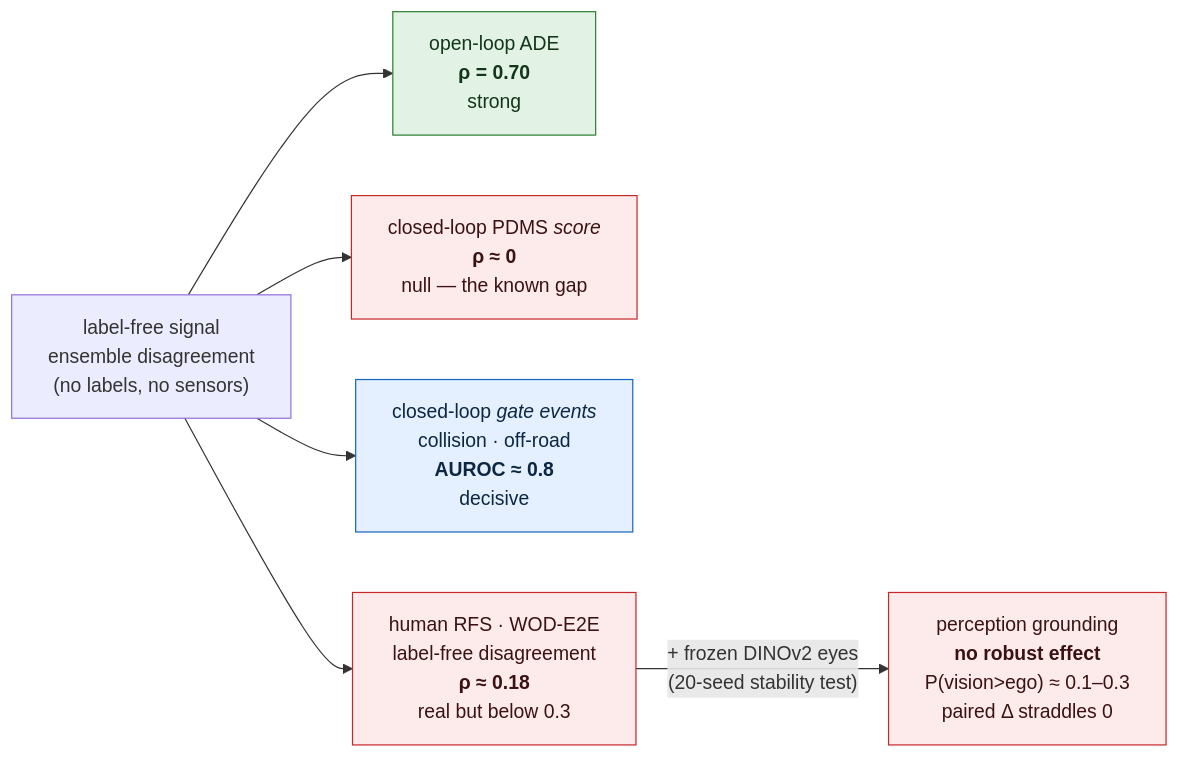
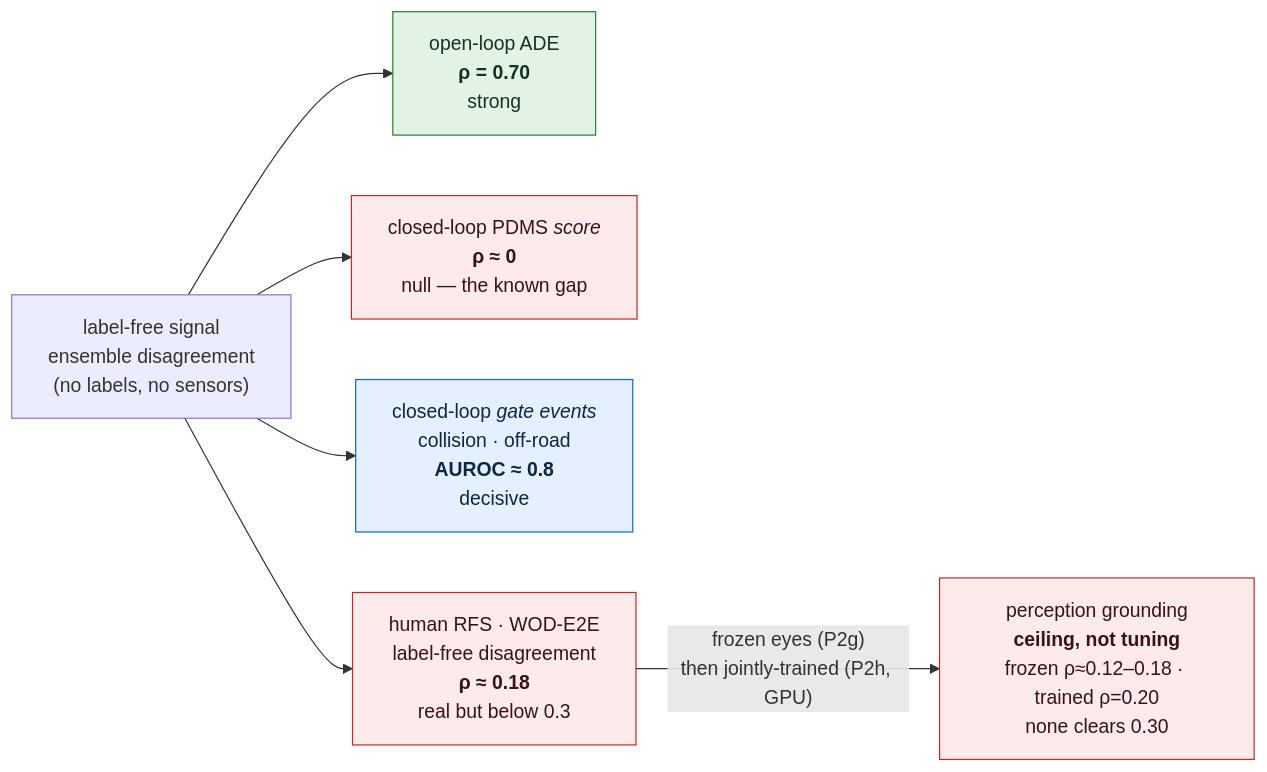
Before and after one commit to manfromnowhere143/perceptionproof: the first of 2 diagrams in README.md, drawn with Mermaid. The commit also changed other lines of this file and 9 other files, not shown here.

````diff
--- a/README.md
+++ b/README.md
@@ -42,15 +43,15 @@
 ```mermaid
 flowchart LR
   SIG["label-free signal<br/>ensemble disagreement<br/>(no labels, no sensors)"]
   SIG --> A["open-loop ADE<br/><b>ρ = 0.70</b><br/>strong"]
   SIG --> B["closed-loop PDMS <i>score</i><br/><b>ρ ≈ 0</b><br/>null — the known gap"]
   SIG --> C["closed-loop <i>gate events</i><br/>collision · off-road<br/><b>AUROC ≈ 0.8</b><br/>decisive"]
   SIG --> E["human RFS · WOD-E2E<br/>label-free disagreement<br/><b>ρ ≈ 0.18</b><br/>real but below 0.3"]
-  E -- "+ frozen DINOv2 eyes<br/>(20-seed stability test)" --> F["perception grounding<br/><b>no robust effect</b><br/>P(vision>ego) ≈ 0.1–0.3<br/>paired Δ straddles 0"]
+  E -- "frozen eyes (P2g)<br/>then jointly-trained (P2h, GPU)" --> F["perception grounding<br/><b>ceiling, not tuning</b><br/>frozen ρ≈0.12–0.18 · trained ρ=0.20<br/>none clears 0.30"]
   classDef strong fill:#e2f3e5,stroke:#2e7d32,color:#13361b;
   classDef null fill:#fdebec,stroke:#c62828,color:#3b1213;
   classDef win fill:#e4f0ff,stroke:#1565c0,color:#0c2742;
   class A strong;
   class B,E,F null;
   class C win;
 ```
````
